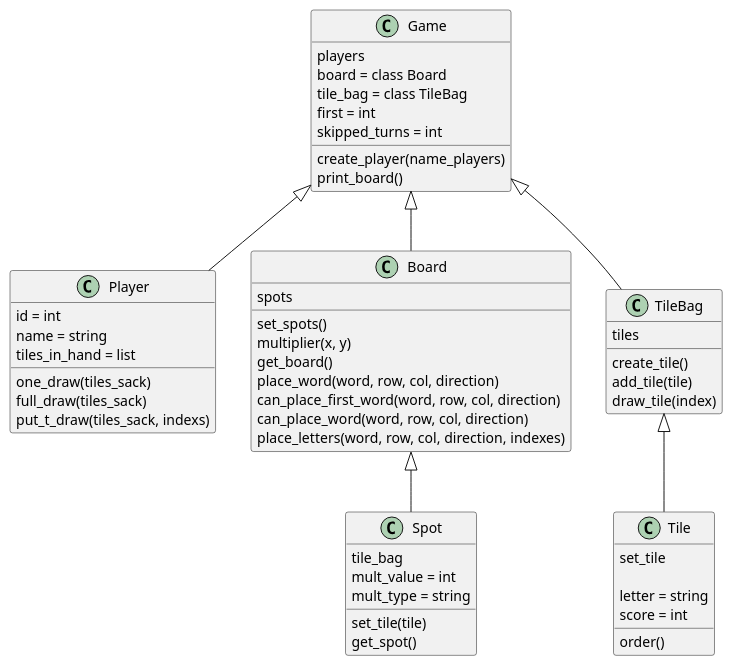
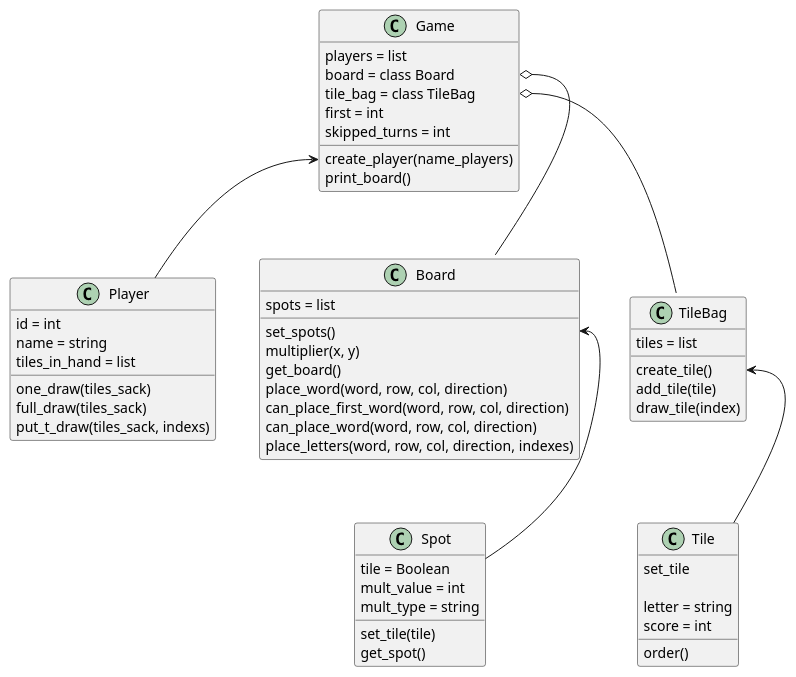
One commit to evbeda/games5 changed the diagram in scrabble/class_diagram.plantuml. Above: the diagram before and after it, drawn with PlantUML.

Commit message:
scrabble diagram

```diff
--- a/scrabble/class_diagram.plantuml
+++ b/scrabble/class_diagram.plantuml
@@ -1,67 +1,67 @@
 @startuml scrabble
 
 class Game{
-    players
+    players = list
     board = class Board
     tile_bag = class TileBag
     first = int
     skipped_turns = int
 
     create_player(name_players)
     print_board()
 }
 
 class Player {
     id = int
     name = string
     tiles_in_hand = list
 
     one_draw(tiles_sack)
     full_draw(tiles_sack)
     put_t_draw(tiles_sack, indexs)
 }
 
 class Board {
-    spots
+    spots = list
 
     set_spots()
     multiplier(x, y)
     get_board()
     place_word(word, row, col, direction)
     can_place_first_word(word, row, col, direction)
     can_place_word(word, row, col, direction)
     place_letters(word, row, col, direction, indexes)
 }
 
 class TileBag{
-    tiles
+    tiles = list
 
     create_tile()
     add_tile(tile)
     draw_tile(index)
 }
 
 class Spot {
-    tile_bag
+    tile = Boolean
     mult_value = int
     mult_type = string
 
     set_tile(tile)
     get_spot()
 }
 
 class Tile {
     set_tile
 
     letter = string
     score = int
 
     order()
 }
 
-Game<|-- Player
-Game<|-- Board
-Game<|-- TileBag
-Board<|-- Spot
-TileBag<|-- Tile
+Game::create_player <-- Player
+Game::board o-- Board
+Game::tile_bag o-- TileBag
+Board::set_spots <-- Spot
+TileBag::create_tile <-- Tile
 @enduml
```
